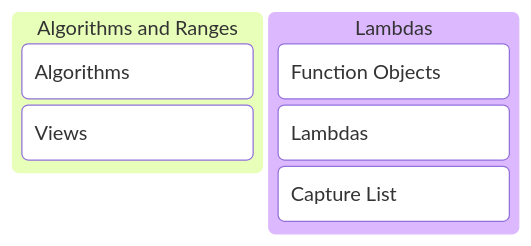
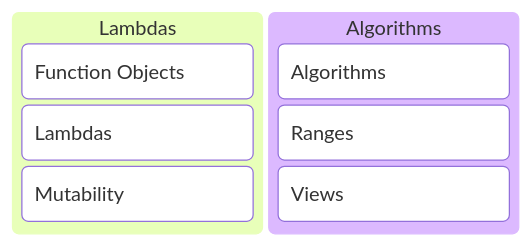
One commit to GlennVL-AP/cpp-programming-slides changed the first of 5 diagrams in slides/session_7/index.md. Above: the diagram before and after it, drawn with Mermaid. The commit also changed other lines of this file, not shown here.

Commit message:
move lambdas before algorithms

````diff
--- a/slides/session_7/index.md
+++ b/slides/session_7/index.md
@@ -7,10 +7,11 @@
 ```mermaid
 kanban
-  column1[Algorithms and Ranges]
-    task1[Algorithms]
-    task2[Views]
-  column2[Lambdas]
-    task3[Function Objects]
-    task4[Lambdas]
-    task5[Capture List]
+  column1[Lambdas]
+    task1[Function Objects]
+    task2[Lambdas]
+    task3[Mutability]
+  column2[Algorithms]
+    task4[Algorithms]
+    task5[Ranges]
+    task6[Views]
 ```
````
